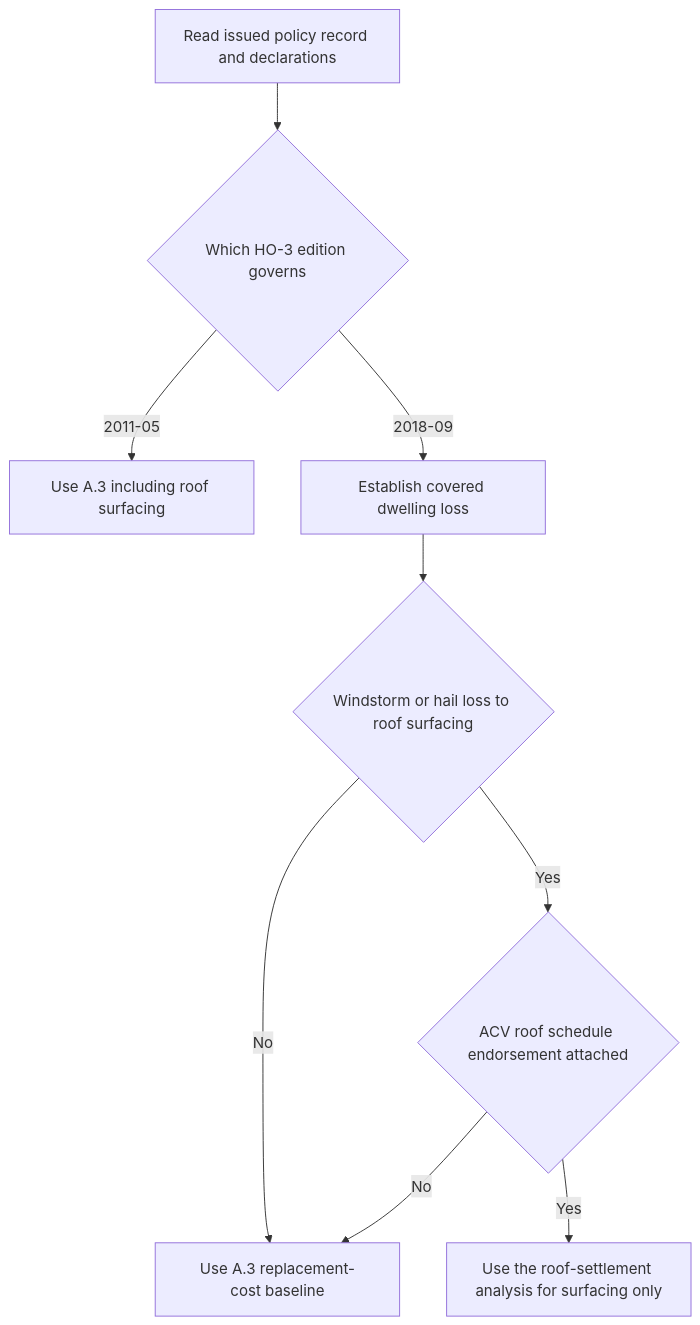
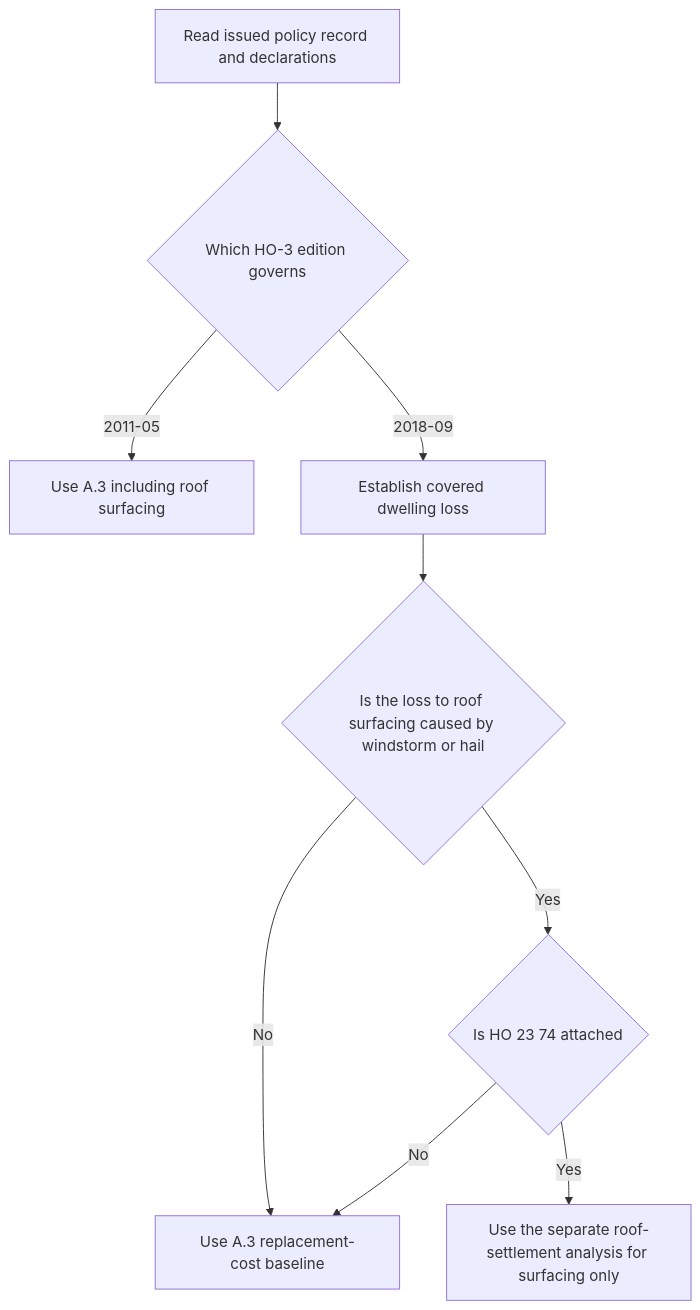
One commit to eugeneliu-86/openwiki-insurance-corpus changed the diagram in openwiki/coverage/coverage-a/dwelling.md. Above: the diagram before and after it, drawn with Mermaid. The commit also changed other lines of this file and 51 other files, not shown here.

````diff
--- a/openwiki/coverage/coverage-a/dwelling.md
+++ b/openwiki/coverage/coverage-a/dwelling.md
@@ -54,11 +48,11 @@
 ```mermaid
 flowchart TD
-    Record["Read issued policy record and declarations"] --> Edition{"Which HO-3 edition governs"}
-    Edition -- "2011-05" --> Older["Use A.3 including roof surfacing"]
-    Edition -- "2018-09" --> Covered["Establish covered dwelling loss"]
-    Covered --> Roof{"Windstorm or hail loss to roof surfacing"}
-    Roof -- No --> Baseline["Use A.3 replacement-cost baseline"]
-    Roof -- Yes --> Attached{"ACV roof schedule endorsement attached"}
-    Attached -- No --> Baseline
-    Attached -- Yes --> Route["Use the roof-settlement analysis for surfacing only"]
+    Start["Read issued policy record and declarations"] --> Edition{"Which HO-3 edition governs"}
+    Edition -- "2011-05" --> OldA3["Use A.3 including roof surfacing"]
+    Edition -- "2018-09" --> CoverLoss["Establish covered dwelling loss"]
+    CoverLoss --> Roof{"Is the loss to roof surfacing caused by windstorm or hail"}
+    Roof -- No --> Base["Use A.3 replacement-cost baseline"]
+    Roof -- Yes --> Attached{"Is HO 23 74 attached"}
+    Attached -- No --> Base
+    Attached -- Yes --> RoofRoute["Use the separate roof-settlement analysis for surfacing only"]
 ```
````
